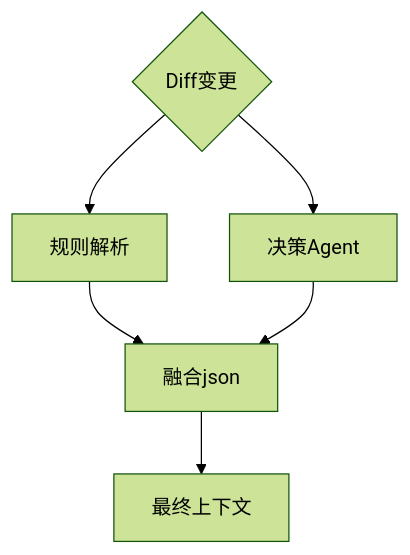
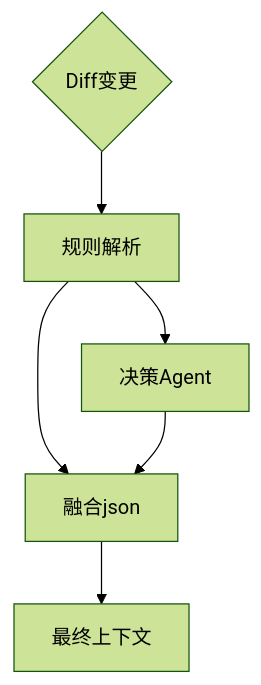
The third of 5 diagrams in etc/核心文档/总规划.md (Gust-feng/DeltaConverge), drawn with Mermaid (forest theme) before and after one commit. The commit also changed other lines of this file and 16 other files, not shown here.

````diff
--- a/etc/核心文档/总规划.md
+++ b/etc/核心文档/总规划.md
@@ -57,8 +57,8 @@
 ```mermaid
 flowchart TD
     A{Diff变更} --> B[规则解析]
-    A --> C[决策Agent]
+    B --> C[决策Agent]
     B --> D[融合json]
     C --> D
     D --> E[最终上下文]
 ```
````
